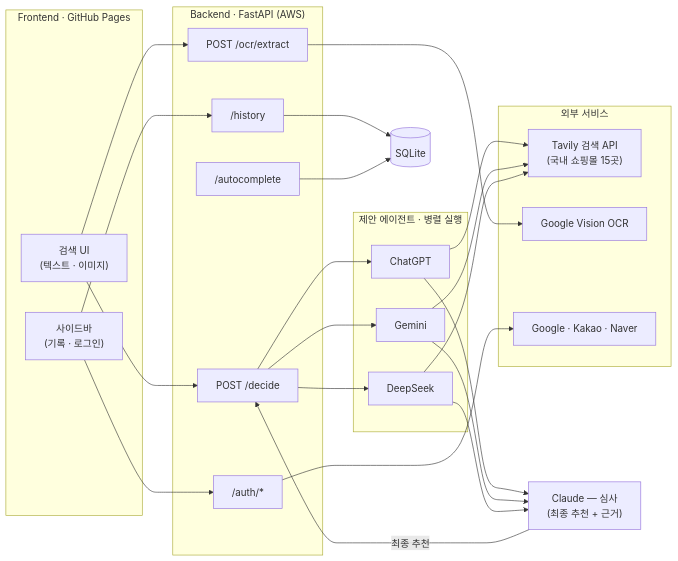
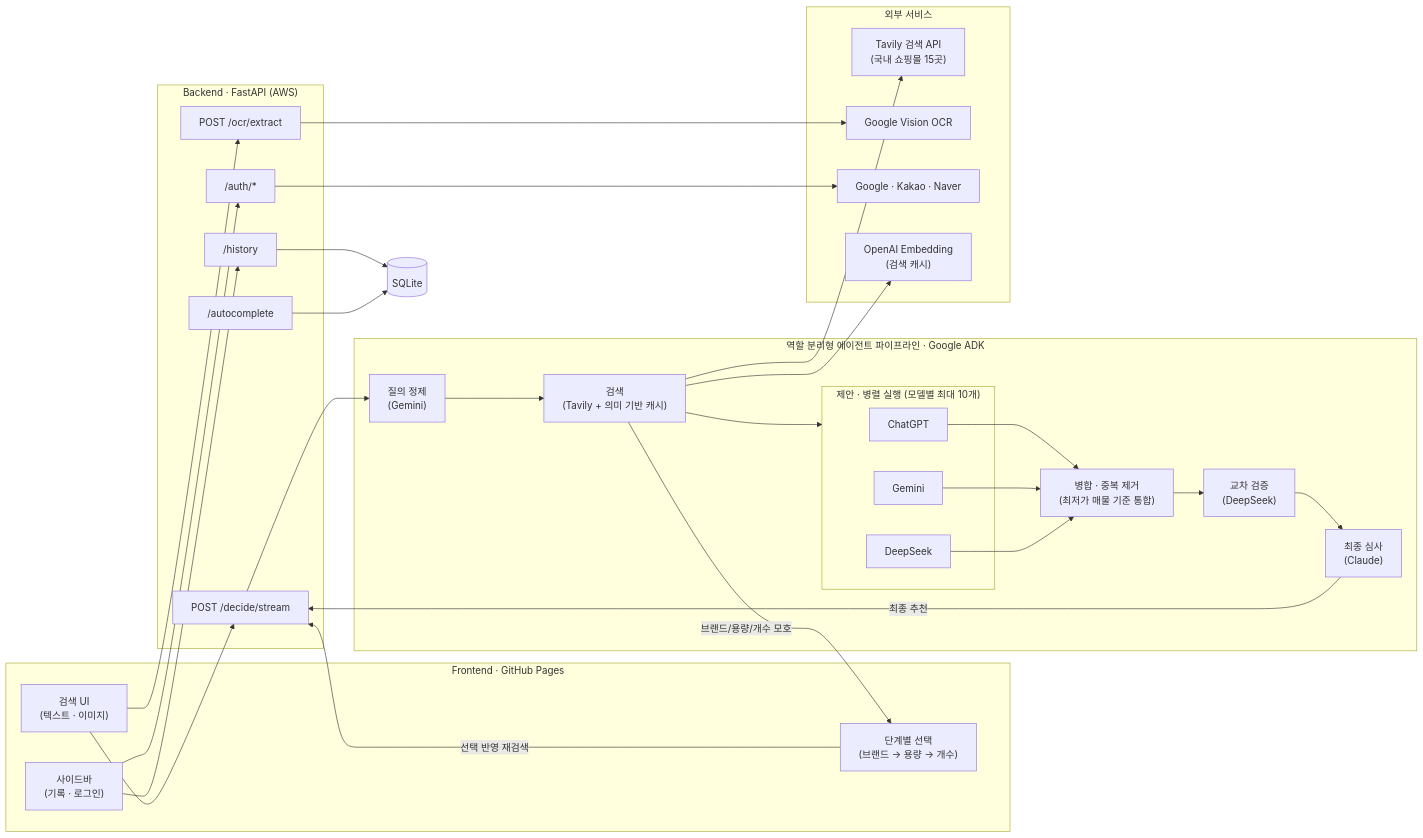
Before and after one commit to Alpha-pick00/Alpha-pick00.github.io: the first of 2 diagrams in README.md, drawn with Mermaid. The commit also changed other lines of this file, not shown here.

First line of the commit message:
Update README for ADK pipeline, HITL, and semantic search cache

````diff
--- a/README.md
+++ b/README.md
@@ -15,46 +15,57 @@
 ```mermaid
 flowchart LR
     subgraph FE["Frontend · GitHub Pages"]
         UI["검색 UI<br/>(텍스트 · 이미지)"]
+        HITL["단계별 선택<br/>(브랜드 → 용량 → 개수)"]
         SB["사이드바<br/>(기록 · 로그인)"]
     end
 
     subgraph BE["Backend · FastAPI (AWS)"]
-        DECIDE["POST /decide"]
+        DECIDE["POST /decide/stream"]
         OCR["POST /ocr/extract"]
         AUTH["/auth/*"]
         HIST["/history"]
         AC["/autocomplete"]
     end
 
-    subgraph AGENTS["제안 에이전트 · 병렬 실행"]
-        GPT["ChatGPT"]
-        GEMINI["Gemini"]
-        DEEPSEEK["DeepSeek"]
+    subgraph PIPE["역할 분리형 에이전트 파이프라인 · Google ADK"]
+        REFINE["질의 정제<br/>(Gemini)"]
+        SEARCH["검색<br/>(Tavily + 의미 기반 캐시)"]
+        subgraph PROPOSE["제안 · 병렬 실행 (모델별 최대 10개)"]
+            GPT["ChatGPT"]
+            GEMINI["Gemini"]
+            DEEPSEEK["DeepSeek"]
+        end
+        MERGE["병합 · 중복 제거<br/>(최저가 매물 기준 통합)"]
+        CHALLENGE["교차 검증<br/>(DeepSeek)"]
+        JUDGE["최종 심사<br/>(Claude)"]
     end
-
-    JUDGE["Claude — 심사<br/>(최종 추천 + 근거)"]
 
     subgraph EXT["외부 서비스"]
         TAVILY["Tavily 검색 API<br/>(국내 쇼핑몰 15곳)"]
         VISION["Google Vision OCR"]
         OAUTH["Google · Kakao · Naver"]
+        EMBED["OpenAI Embedding<br/>(검색 캐시)"]
     end
 
     DB[(SQLite)]
 
     UI --> DECIDE
     UI --> OCR
     SB --> AUTH
     SB --> HIST
 
-    DECIDE --> GPT & GEMINI & DEEPSEEK
-    GPT & GEMINI & DEEPSEEK --> TAVILY
-    GPT & GEMINI & DEEPSEEK --> JUDGE
+    DECIDE --> REFINE --> SEARCH
+    SEARCH --> TAVILY
+    SEARCH --> EMBED
+    SEARCH -- "브랜드/용량/개수 모호" --> HITL
+    HITL -- 선택 반영 재검색 --> DECIDE
+    SEARCH --> PROPOSE
+    GPT & GEMINI & DEEPSEEK --> MERGE --> CHALLENGE --> JUDGE
     JUDGE -- 최종 추천 --> DECIDE
 
     OCR --> VISION
     AUTH --> OAUTH
     HIST --> DB
     AC --> DB
 ```
````
